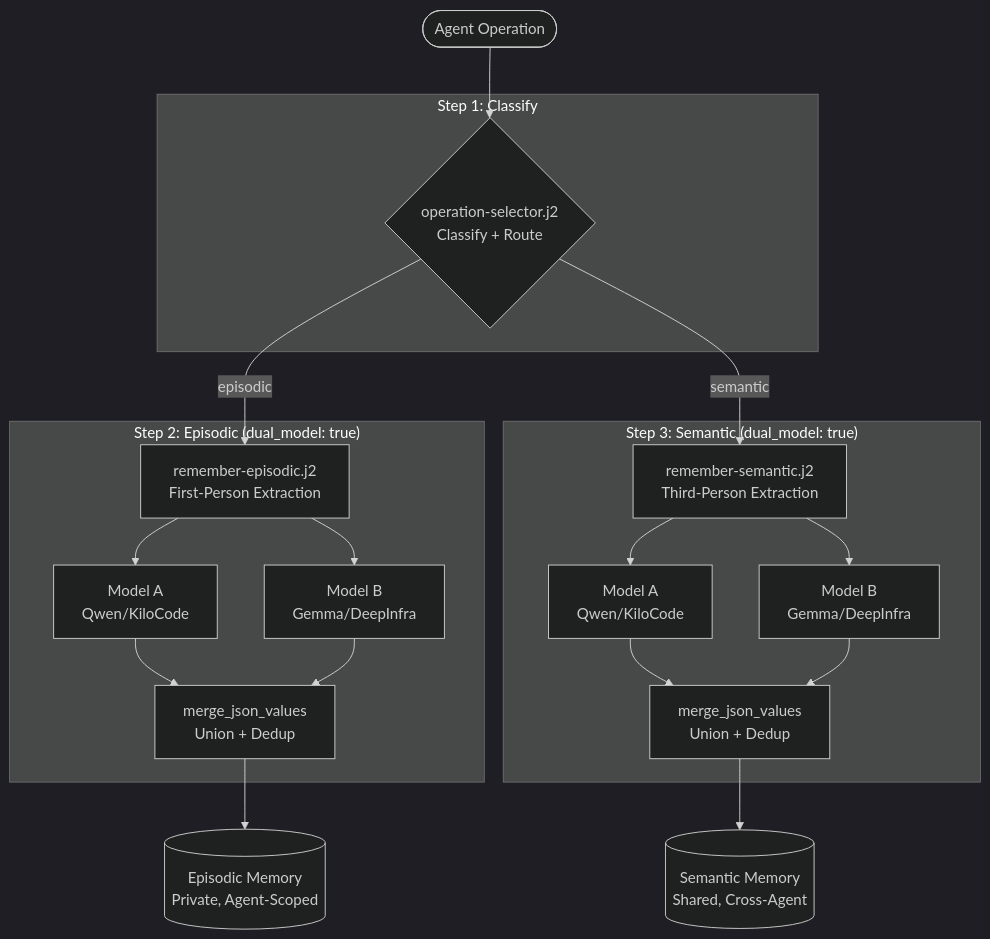
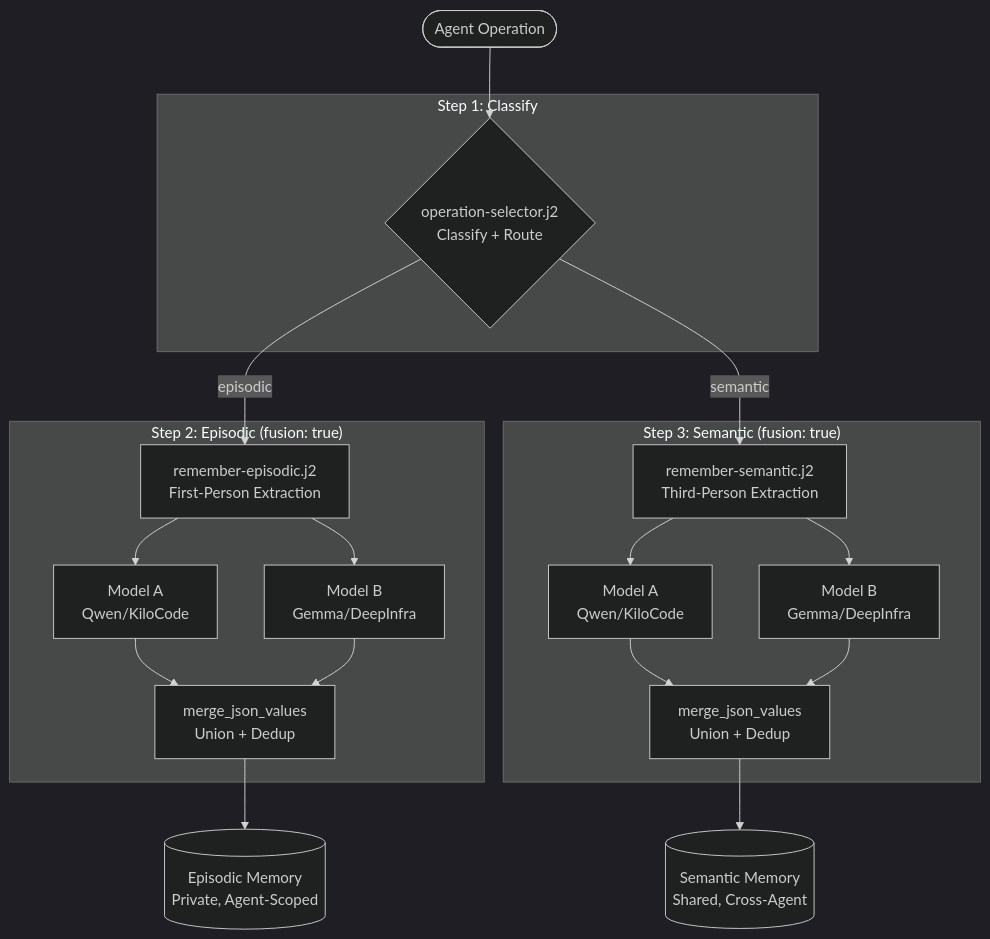
One commit to mdz-axo/hKask changed the seventh of 9 diagrams in docs/explanation/cognition-and-replica.md. Above: the diagram before and after it, drawn with Mermaid (dark theme). The commit also changed other lines of this file and 18 other files, not shown here.

First line of the commit message:
Refactoring dual-model classifier with simpler merge logic, removing  env var and settings, updating config and docs.</think>Refactor  dual-model classifier to simpler algo merge

````diff
--- a/docs/explanation/cognition-and-replica.md
+++ b/docs/explanation/cognition-and-replica.md
@@ -774,49 +774,49 @@
 ```mermaid
 flowchart TD
     OP([Agent Operation])
     OS{operation-selector.j2\nClassify + Route}
     EP["remember-episodic.j2\nFirst-Person Extraction"]
     SE["remember-semantic.j2\nThird-Person Extraction"]
     MAE["Model A\nQwen/KiloCode"]
     MBE["Model B\nGemma/DeepInfra"]
     MAS["Model A\nQwen/KiloCode"]
     MBS["Model B\nGemma/DeepInfra"]
     ME["merge_json_values\nUnion + Dedup"]
     MS["merge_json_values\nUnion + Dedup"]
     EM[("Episodic Memory\nPrivate, Agent-Scoped")]
     SM[("Semantic Memory\nShared, Cross-Agent")]
 
     OP --> OS
     OS -->|episodic| EP
     OS -->|semantic| SE
 
     EP --> MAE
     EP --> MBE
     MAE --> ME
     MBE --> ME
     ME --> EM
 
     SE --> MAS
     SE --> MBS
     MAS --> MS
     MBS --> MS
     MS --> SM
 
     subgraph "Step 1: Classify"
         OS
     end
 
-    subgraph "Step 2: Episodic (dual_model: true)"
+    subgraph "Step 2: Episodic (fusion: true)"
         EP
         MAE
         MBE
         ME
     end
 
-    subgraph "Step 3: Semantic (dual_model: true)"
+    subgraph "Step 3: Semantic (fusion: true)"
         SE
         MAS
         MBS
         MS
     end
 ```
````
